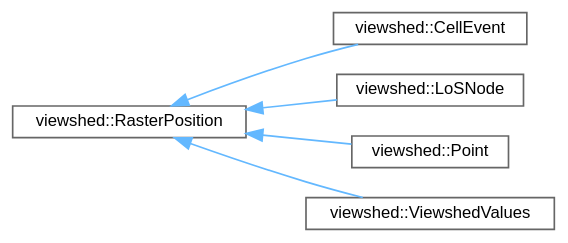
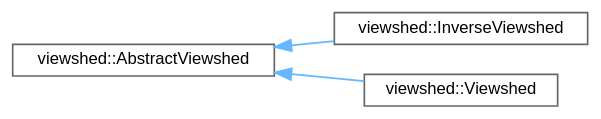
Before and after one commit to JanCaha/cpp-viewshed-library: the diagram in inherit_graph_7.dot, drawn with Graphviz. The commit also changed 141 other files, not shown here.

```diff
--- a/inherit_graph_7.dot
+++ b/inherit_graph_7.dot
@@ -1,17 +1,13 @@
 digraph "Graphical Class Hierarchy"
 {
  // LATEX_PDF_SIZE
   bgcolor="transparent";
   edge [fontname=Helvetica,fontsize=10,labelfontname=Helvetica,labelfontsize=10];
   node [fontname=Helvetica,fontsize=10,shape=box,height=0.2,width=0.4];
   rankdir="LR";
-  Node0 [id="Node000000",label="viewshed::RasterPosition",height=0.2,width=0.4,color="grey40", fillcolor="white", style="filled",URL="$classviewshed_1_1RasterPosition.html",tooltip="Class to represent position on raster in term of row and column."];
-  Node0 -> Node1 [id="edge19_Node000000_Node000001",dir="back",color="steelblue1",style="solid",tooltip=" "];
-  Node1 [id="Node000001",label="viewshed::CellEvent",height=0.2,width=0.4,color="grey40", fillcolor="white", style="filled",URL="$classviewshed_1_1CellEvent.html",tooltip="Class representing cell events for Van Kreveld's plane sweep algorithm. Stores cell position (row and..."];
-  Node0 -> Node2 [id="edge20_Node000000_Node000002",dir="back",color="steelblue1",style="solid",tooltip=" "];
-  Node2 [id="Node000002",label="viewshed::LoSNode",height=0.2,width=0.4,color="grey40", fillcolor="white", style="filled",URL="$classviewshed_1_1LoSNode.html",tooltip="Representation of single cell that creates a point on LoS."];
-  Node0 -> Node3 [id="edge21_Node000000_Node000003",dir="back",color="steelblue1",style="solid",tooltip=" "];
-  Node3 [id="Node000003",label="viewshed::Point",height=0.2,width=0.4,color="grey40", fillcolor="white", style="filled",URL="$classviewshed_1_1Point.html",tooltip="Class that represents important point for viewshed - view point, or inverse viewshed - target point...."];
-  Node0 -> Node4 [id="edge22_Node000000_Node000004",dir="back",color="steelblue1",style="solid",tooltip=" "];
-  Node4 [id="Node000004",label="viewshed::ViewshedValues",height=0.2,width=0.4,color="grey40", fillcolor="white", style="filled",URL="$classviewshed_1_1ViewshedValues.html",tooltip="A simple class that stores results of visibility indices calculation (in form of vector of doubles) f..."];
+  Node0 [id="Node000000",label="viewshed::AbstractViewshed",height=0.2,width=0.4,color="grey40", fillcolor="white", style="filled",URL="$classviewshed_1_1AbstractViewshed.html",tooltip="Abstract class that represents viewshed calculation from this class specific implementations ( Viewsh..."];
+  Node0 -> Node1 [id="edge5_Node000000_Node000001",dir="back",color="steelblue1",style="solid",tooltip=" "];
+  Node1 [id="Node000001",label="viewshed::InverseViewshed",height=0.2,width=0.4,color="grey40", fillcolor="white", style="filled",URL="$classviewshed_1_1InverseViewshed.html",tooltip=" "];
+  Node0 -> Node2 [id="edge6_Node000000_Node000002",dir="back",color="steelblue1",style="solid",tooltip=" "];
+  Node2 [id="Node000002",label="viewshed::Viewshed",height=0.2,width=0.4,color="grey40", fillcolor="white", style="filled",URL="$classviewshed_1_1Viewshed.html",tooltip=" "];
 }
```
